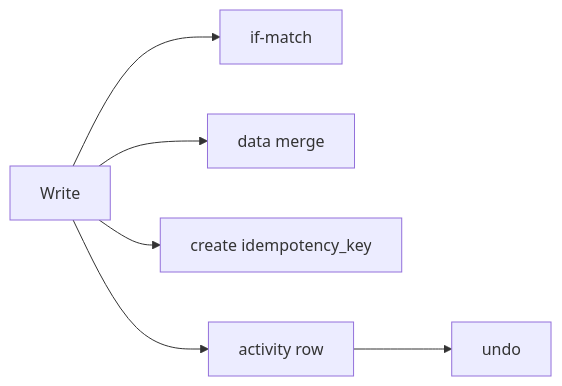
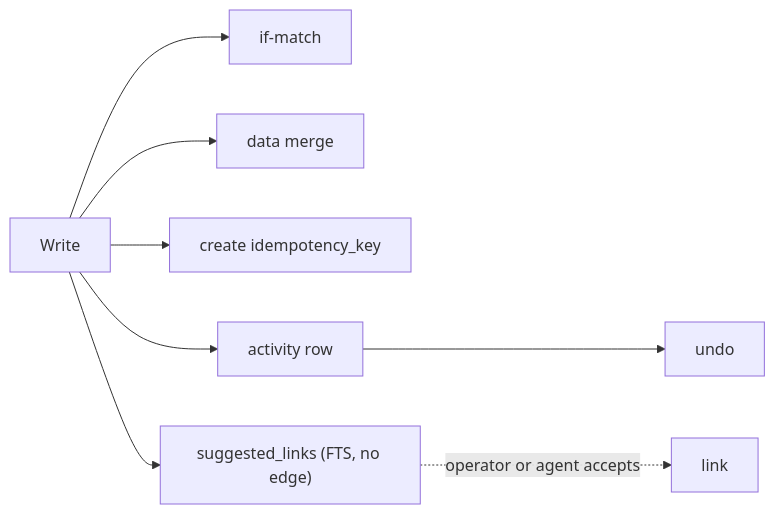
Before and after one commit to dgraziosi/foundation: the sixth of 10 diagrams in docs/ARCHITECTURE.md, drawn with Mermaid. The commit also changed other lines of this file and 16 other files, not shown here.

````diff
--- a/docs/ARCHITECTURE.md
+++ b/docs/ARCHITECTURE.md
@@ -150,8 +151,10 @@
 ```mermaid
 flowchart LR
   write["Write"] --> cas["if-match"]
   write --> data_merge["data merge"]
   write --> idemp["create idempotency_key"]
   write --> activity["activity row"]
+  write --> suggestions["suggested_links (FTS, no edge)"]
   activity --> undo["undo"]
+  suggestions -.->|"operator or agent accepts"| link_write["link"]
 ```
````
